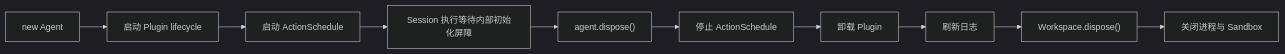
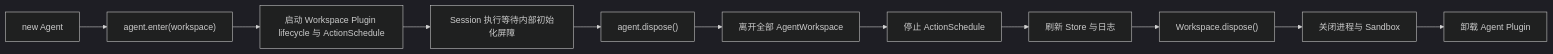
One commit to genesiscosmos/downcity changed the fourth of 4 diagrams in docs/agent-sdk-architecture.md. Above: the diagram before and after it, drawn with Mermaid (dark theme). The commit also changed other lines of this file and 322 other files, not shown here.

Commit message:
refactor(workspace): extract workspace and shell runtime

````diff
--- a/docs/agent-sdk-architecture.md
+++ b/docs/agent-sdk-architecture.md
@@ -742,12 +749,13 @@
 ```mermaid
 flowchart LR
-    Construct["new Agent"] --> StartPlugins["启动 Plugin lifecycle"]
-    StartPlugins --> StartSchedule["启动 ActionSchedule"]
-    StartSchedule --> Running["Session 执行等待内部初始化屏障"]
+    Construct["new Agent"] --> Enter["agent.enter(workspace)"]
+    Enter --> StartWorkspace["启动 Workspace Plugin lifecycle 与 ActionSchedule"]
+    StartWorkspace --> Running["Session 执行等待内部初始化屏障"]
     Running --> Dispose["agent.dispose()"]
-    Dispose --> StopSchedule["停止 ActionSchedule"]
-    StopSchedule --> StopPlugins["卸载 Plugin"]
-    StopPlugins --> SaveLogs["刷新日志"]
+    Dispose --> Leave["离开全部 AgentWorkspace"]
+    Leave --> StopSchedule["停止 ActionSchedule"]
+    StopSchedule --> SaveLogs["刷新 Store 与日志"]
     SaveLogs --> DisposeWorkspace["Workspace.dispose()"]
     DisposeWorkspace --> CloseShell["关闭进程与 Sandbox"]
+    CloseShell --> StopPlugins["卸载 Agent Plugin"]
 ```
````
